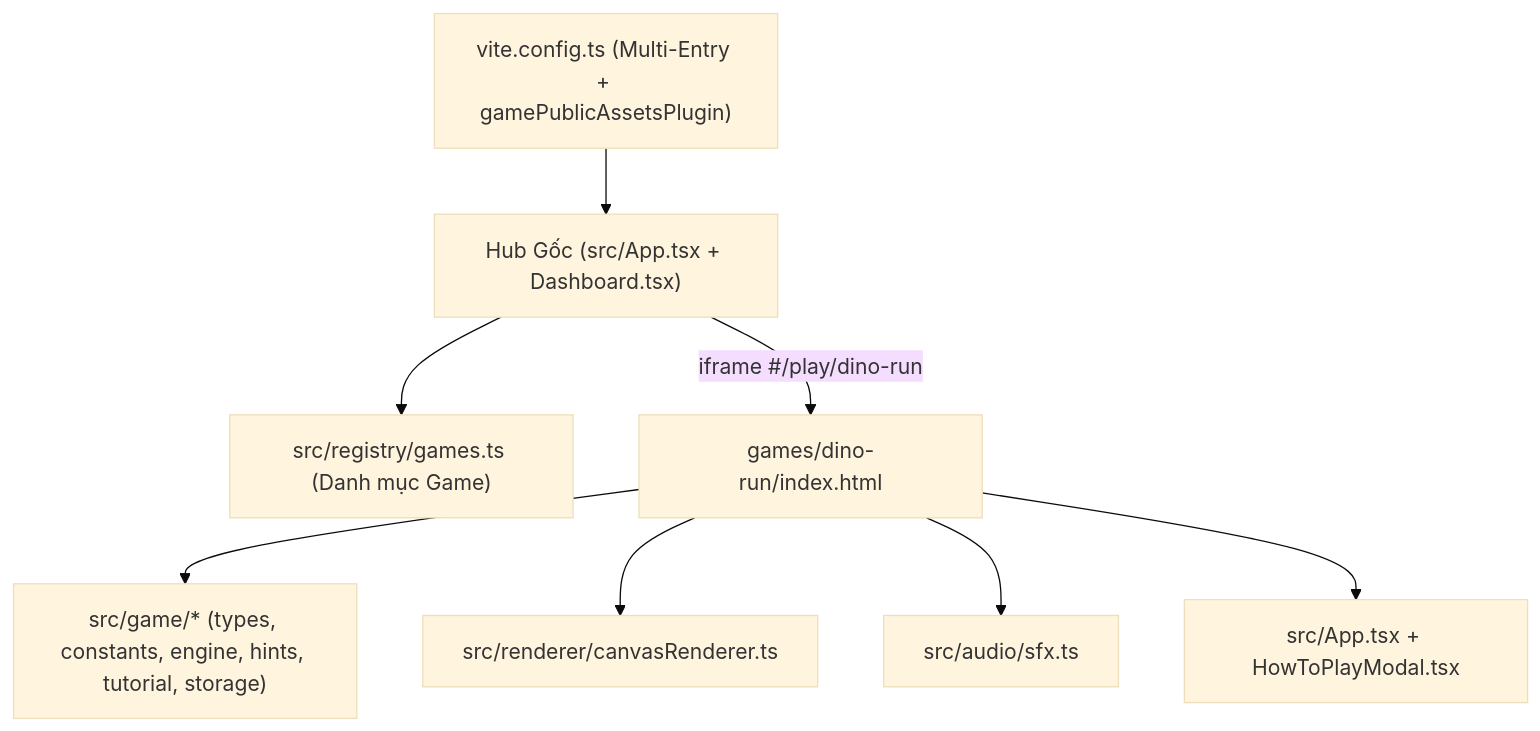
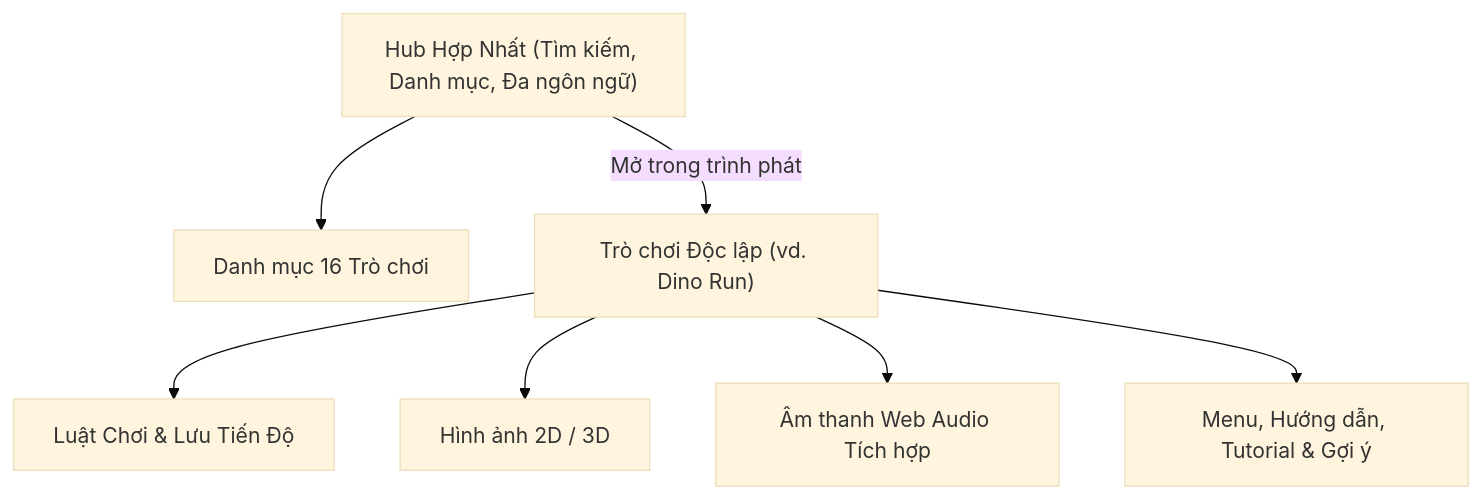
Before and after one commit to vuhung16au/gemini-games: the diagram in courses/day-03-project-architecture/README.vi.md, drawn with Mermaid (base theme). The commit also changed other lines of this file and 30 other files, not shown here.

````diff
--- a/courses/day-03-project-architecture/README.vi.md
+++ b/courses/day-03-project-architecture/README.vi.md
@@ -12,11 +12,9 @@
 ```mermaid
 flowchart TD
-  Root["vite.config.ts (Multi-Entry + gamePublicAssetsPlugin)"]
-  Root --> Hub["Hub Gốc (src/App.tsx + Dashboard.tsx)"]
-  Hub --> Reg["src/registry/games.ts (Danh mục Game)"]
-  Hub -->|iframe #/play/dino-run| Dino["games/dino-run/index.html"]
-  Dino --> Sim["src/game/* (types, constants, engine, hints, tutorial, storage)"]
-  Dino --> Render["src/renderer/canvasRenderer.ts"]
-  Dino --> SFX["src/audio/sfx.ts"]
-  Dino --> UI["src/App.tsx + HowToPlayModal.tsx"]
+  Hub["Hub Hợp Nhất (Tìm kiếm, Danh mục, Đa ngôn ngữ)"] --> Reg["Danh mục 16 Trò chơi"]
+  Hub -->|Mở trong trình phát| Dino["Trò chơi Độc lập (vd. Dino Run)"]
+  Dino --> Sim["Luật Chơi & Lưu Tiến Độ"]
+  Dino --> Render["Hình ảnh 2D / 3D"]
+  Dino --> SFX["Âm thanh Web Audio Tích hợp"]
+  Dino --> UI["Menu, Hướng dẫn, Tutorial & Gợi ý"]
 ```
````
